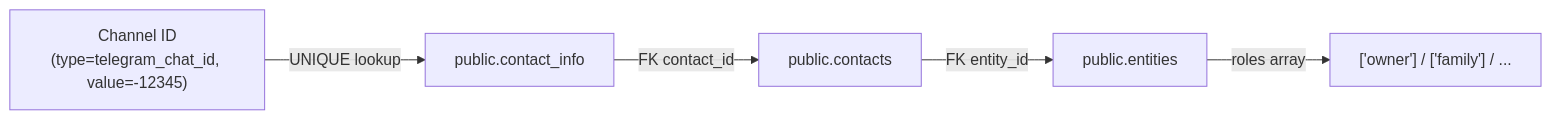
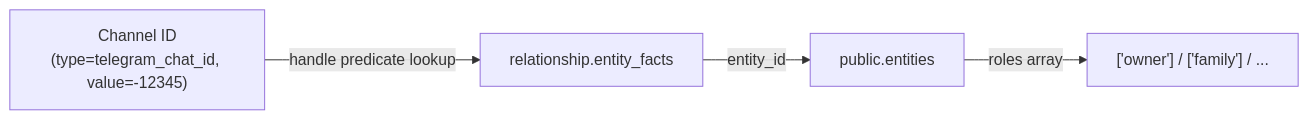
Before and after one commit to tzeusy-org/butlers: the fourth of 6 diagrams in about/lay-and-land/data-flow.md, drawn with Mermaid. The commit also changed other lines of this file and 56 other files, not shown here.

````diff
--- a/about/lay-and-land/data-flow.md
+++ b/about/lay-and-land/data-flow.md
@@ -217,7 +185,6 @@
 ```mermaid
 graph LR
-    A["Channel ID<br/>(type=telegram_chat_id, value=-12345)"] -->|"UNIQUE lookup"| B["public.contact_info"]
-    B -->|"FK contact_id"| C["public.contacts"]
-    C -->|"FK entity_id"| D["public.entities"]
-    D -->|"roles array"| E["['owner'] / ['family'] / ..."]
+    A["Channel ID<br/>(type=telegram_chat_id, value=-12345)"] -->|"handle predicate lookup"| B["relationship.entity_facts"]
+    B -->|"entity_id"| C["public.entities"]
+    C -->|"roles array"| D["['owner'] / ['family'] / ..."]
 ```
````
